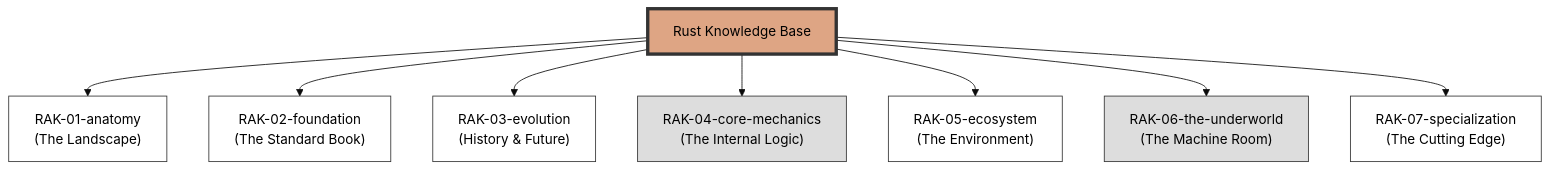
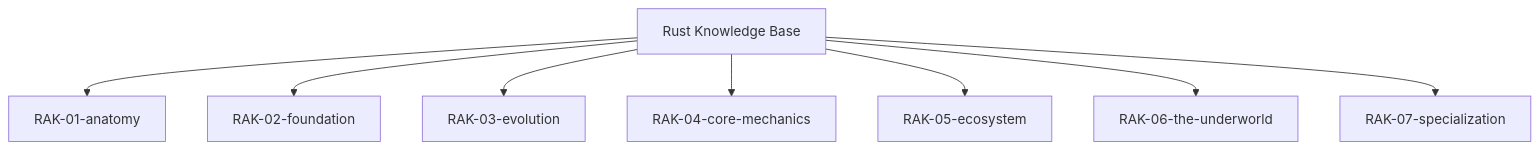
The diagram in README.md (syahputrawork98-sketch/Rust-Knowledge-Base), drawn with Mermaid before and after one commit. The commit also changed other lines of this file and 17 other files, not shown here.

````diff
--- a/README.md
+++ b/README.md
@@ -8,24 +9,14 @@
 ```mermaid
-%%{init: {'theme': 'base', 'themeVariables': { 'primaryColor': '#DEA584', 'primaryTextColor': '#000'}}}%%
 graph TD
     Root["Rust Knowledge Base"]
-    
-    RAK01["RAK-01-anatomy<br/>(The Landscape)"]
-    RAK02["RAK-02-foundation<br/>(The Standard Book)"]
-    RAK03["RAK-03-evolution<br/>(History & Future)"]
-    RAK04["RAK-04-core-mechanics<br/>(The Internal Logic)"]
-    RAK05["RAK-05-ecosystem<br/>(The Environment)"]
-    RAK06["RAK-06-the-underworld<br/>(The Machine Room)"]
-    RAK07["RAK-07-specialization<br/>(The Cutting Edge)"]
-    
+
+    RAK01["RAK-01-anatomy"]
+    RAK02["RAK-02-foundation"]
+    RAK03["RAK-03-evolution"]
+    RAK04["RAK-04-core-mechanics"]
+    RAK05["RAK-05-ecosystem"]
+    RAK06["RAK-06-the-underworld"]
+    RAK07["RAK-07-specialization"]
+
     Root --> RAK01 & RAK02 & RAK03 & RAK04 & RAK05 & RAK06 & RAK07
-    
-    style Root fill:#DEA584,stroke:#333,stroke-width:4px,color:#000
-    style RAK01 fill:#fff,stroke:#333
-    style RAK02 fill:#fff,stroke:#333
-    style RAK03 fill:#fff,stroke:#333
-    style RAK04 fill:#ddd,stroke:#333
-    style RAK05 fill:#fff,stroke:#333
-    style RAK06 fill:#ddd,stroke:#333
-    style RAK07 fill:#fff,stroke:#333
 ```
````
